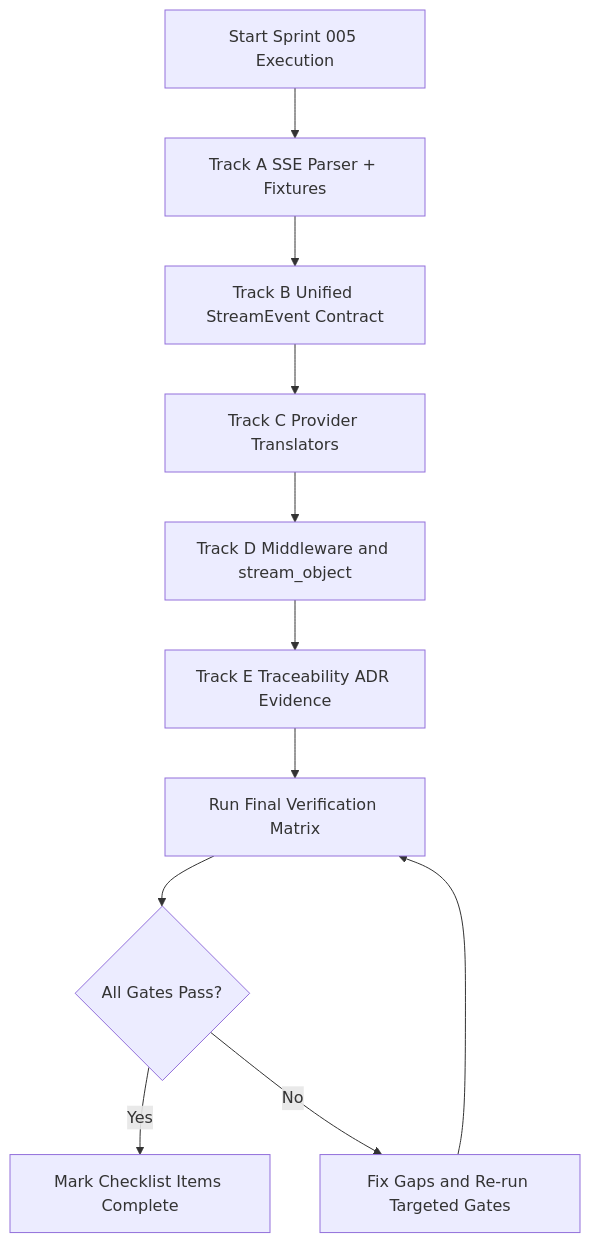
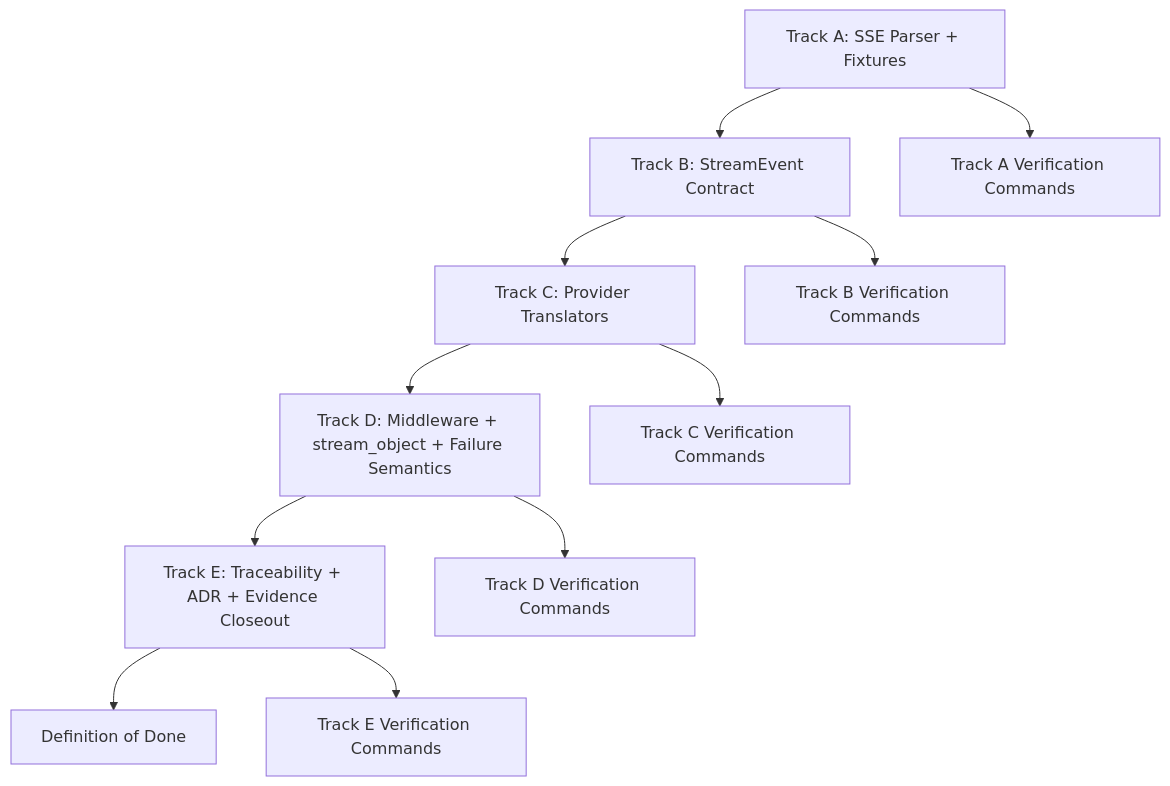
The third of 5 diagrams in docs/sprints/SPRINT-005-comprehensive-implementation-plan.md (jaytaylor/attractor-tcl), drawn with Mermaid before and after one commit. The commit also changed other lines of this file, not shown here.

Commit message:
docs(sprint-005): mark comprehensive plan executed with fresh evidence matrix

````diff
--- a/docs/sprints/SPRINT-005-comprehensive-implementation-plan.md
+++ b/docs/sprints/SPRINT-005-comprehensive-implementation-plan.md
@@ -1074,13 +1882,14 @@
 ```mermaid
 flowchart TD
-  A[Start Sprint 005 Execution] --> B[Track A SSE Parser + Fixtures]
-  B --> C[Track B Unified StreamEvent Contract]
-  C --> D[Track C Provider Translators]
-  D --> E[Track D Middleware and stream_object]
-  E --> F[Track E Traceability ADR Evidence]
-  F --> G[Run Final Verification Matrix]
-  G --> H{All Gates Pass?}
-  H -- Yes --> I[Mark Checklist Items Complete]
-  H -- No --> J[Fix Gaps and Re-run Targeted Gates]
-  J --> G
+  P0[Track A: SSE Parser + Fixtures] --> P1[Track B: StreamEvent Contract]
+  P1 --> P2[Track C: Provider Translators]
+  P2 --> P3[Track D: Middleware + stream_object + Failure Semantics]
+  P3 --> P4[Track E: Traceability + ADR + Evidence Closeout]
+  P4 --> Done[Definition of Done]
+
+  P0 --> V0[Track A Verification Commands]
+  P1 --> V1[Track B Verification Commands]
+  P2 --> V2[Track C Verification Commands]
+  P3 --> V3[Track D Verification Commands]
+  P4 --> V4[Track E Verification Commands]
 ```
````
